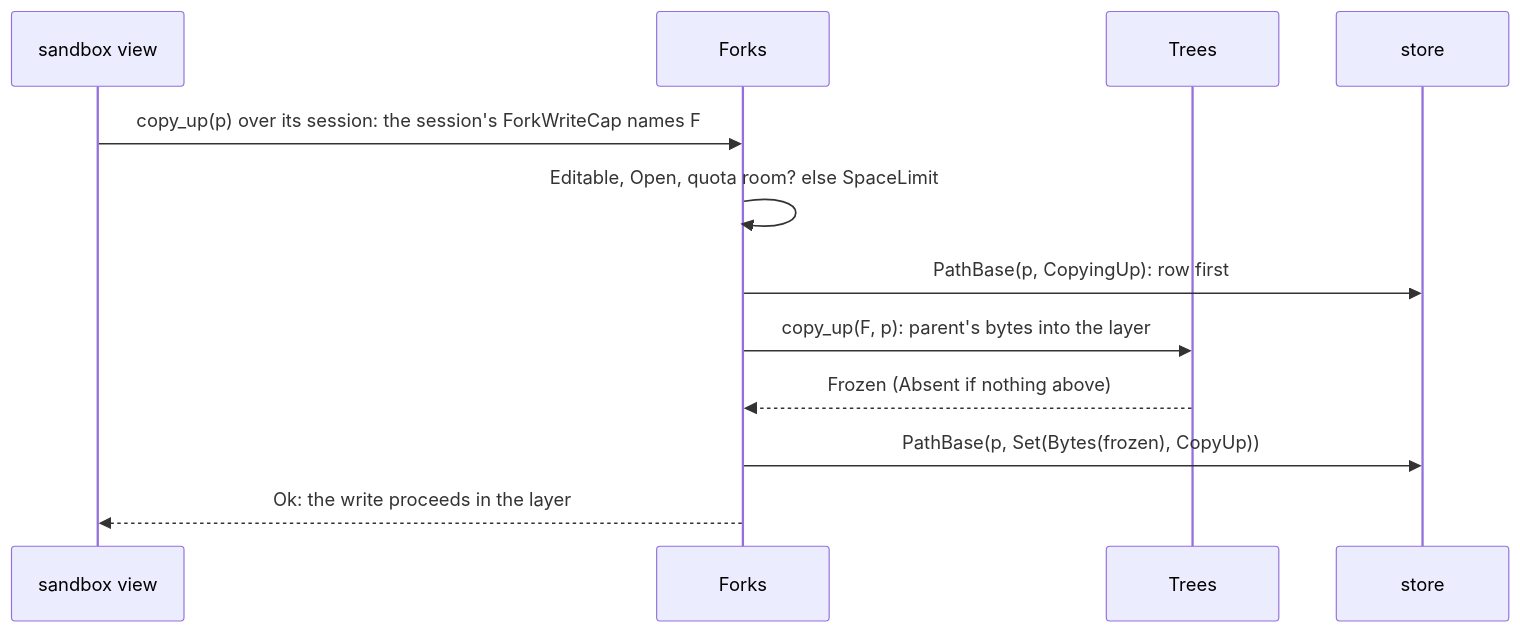
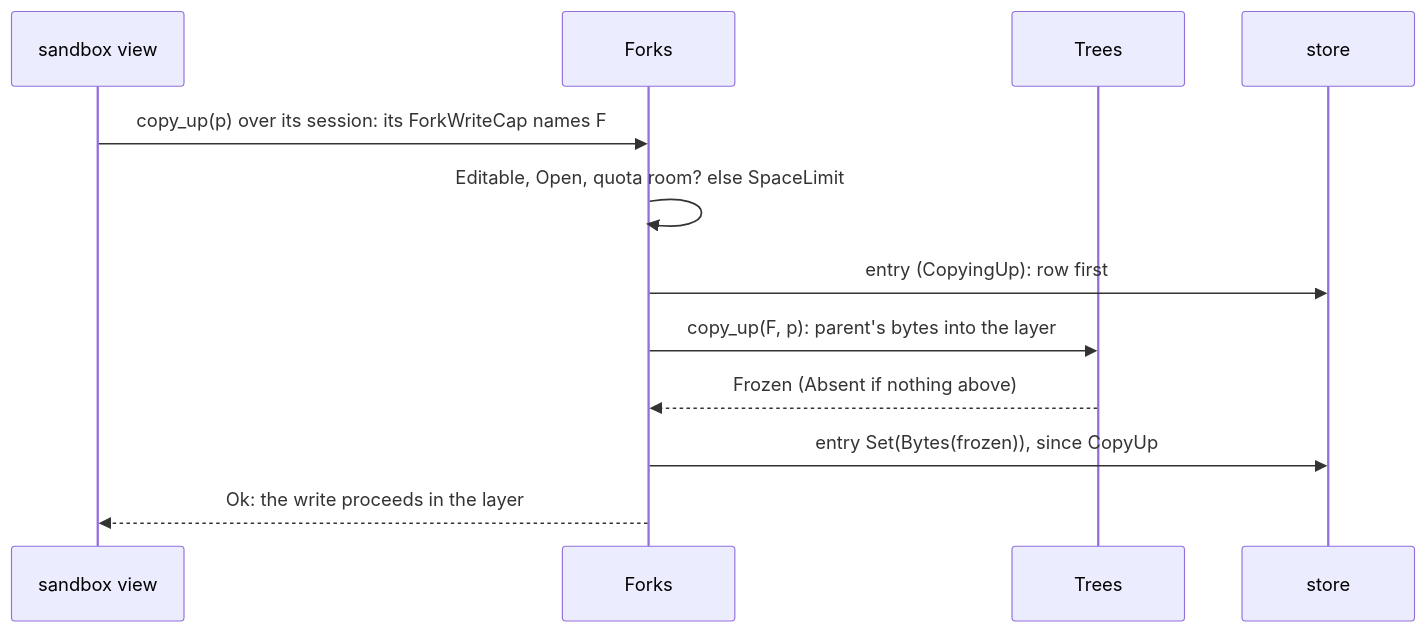
One commit to mcurcio/agentfs changed the second of 4 diagrams in docs/target-architecture/domains/forks.md. Above: the diagram before and after it, drawn with Mermaid. The commit also changed other lines of this file and 12 other files, not shown here.

````diff
--- a/docs/target-architecture/domains/forks.md
+++ b/docs/target-architecture/domains/forks.md
@@ -201,14 +210,14 @@
 ```mermaid
 sequenceDiagram
   participant V as sandbox view
   participant F as Forks
   participant T as Trees
   participant S as store
-  V->>F: copy_up(p) over its session: the session's ForkWriteCap names F
+  V->>F: copy_up(p) over its session: its ForkWriteCap names F
   F->>F: Editable, Open, quota room? else SpaceLimit
-  F->>S: PathBase(p, CopyingUp): row first
+  F->>S: entry (CopyingUp): row first
   F->>T: copy_up(F, p): parent's bytes into the layer
   T-->>F: Frozen (Absent if nothing above)
-  F->>S: PathBase(p, Set(Bytes(frozen), CopyUp))
+  F->>S: entry Set(Bytes(frozen)), since CopyUp
   F-->>V: Ok: the write proceeds in the layer
 ```
````
